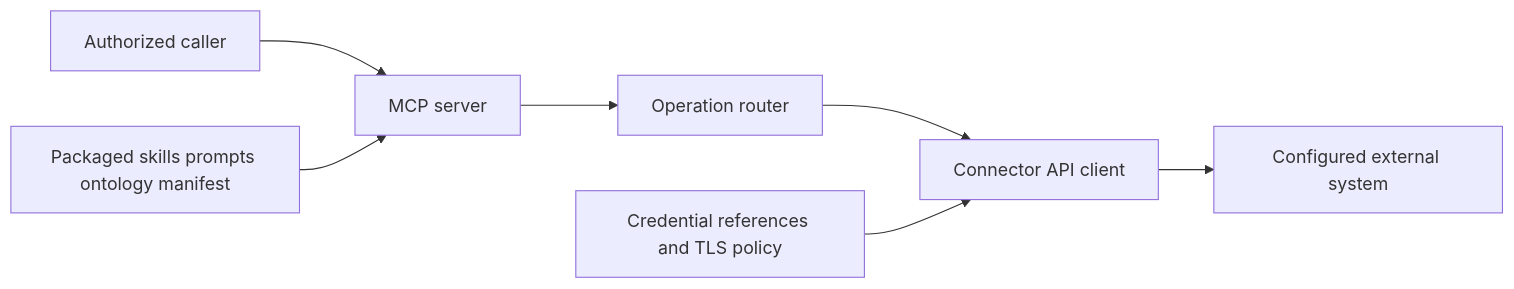
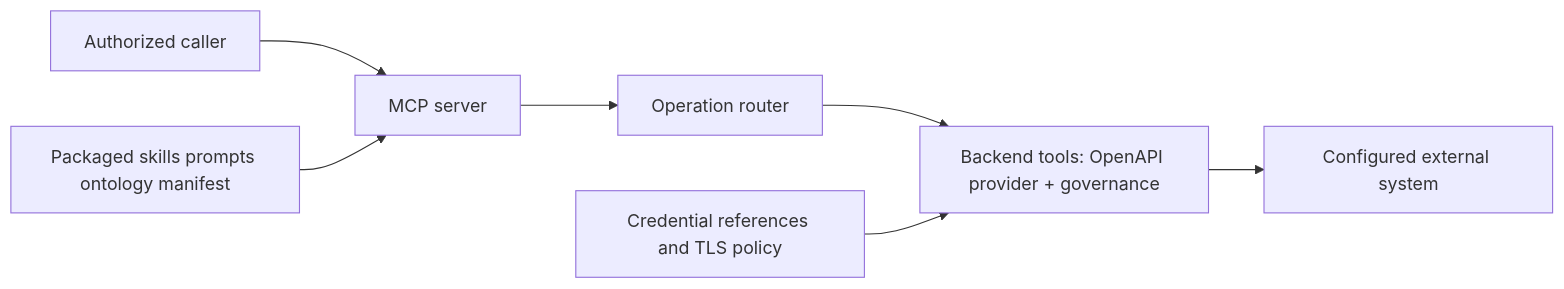
One commit to Knuckles-Team/craft-suite-api changed the diagram in docs/architecture.md. Above: the diagram before and after it, drawn with Mermaid. The commit also changed other lines of this file and 72 other files, not shown here.

First line of the commit message:
feat: serve every backend API operation as one typed tool; release 0.6.0 (#34)

````diff
--- a/docs/architecture.md
+++ b/docs/architecture.md
@@ -6,9 +6,9 @@
 ```mermaid
 flowchart LR
     Caller[Authorized caller] --> Server[MCP server]
     Server --> Router[Operation router]
-    Router --> Client[Connector API client]
+    Router --> Client[Backend tools: OpenAPI provider + governance]
     Client --> Vendor[Configured external system]
     Resolver[Credential references and TLS policy] --> Client
     Content[Packaged skills prompts ontology manifest] --> Server
 ```
````
